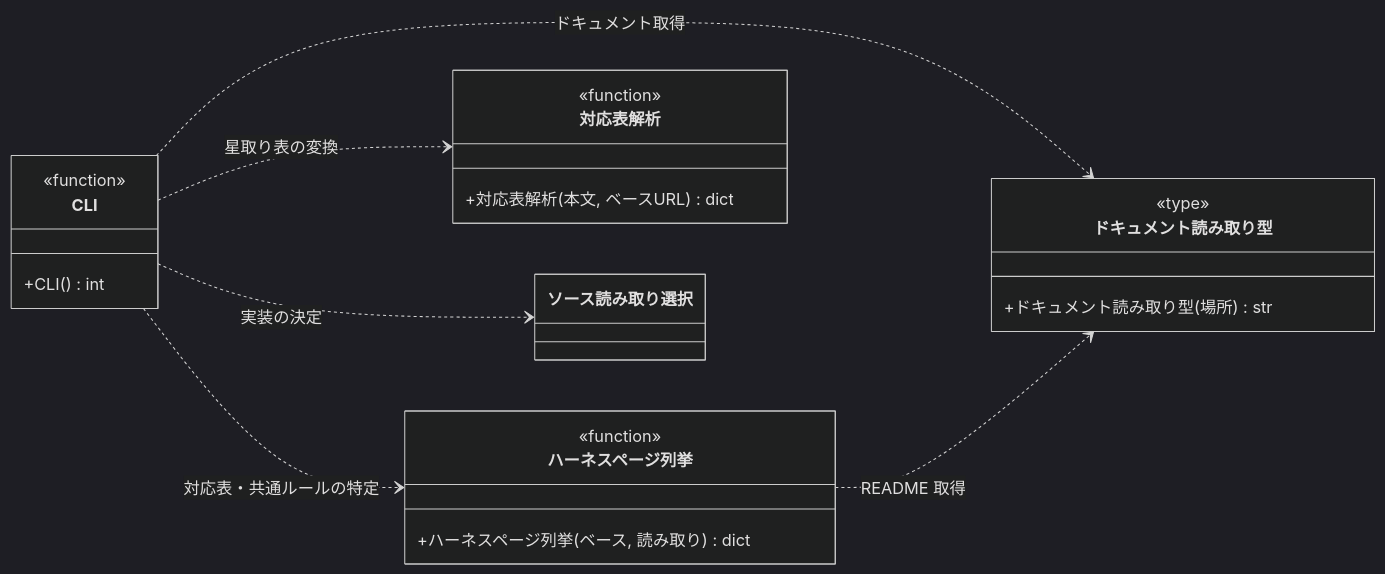
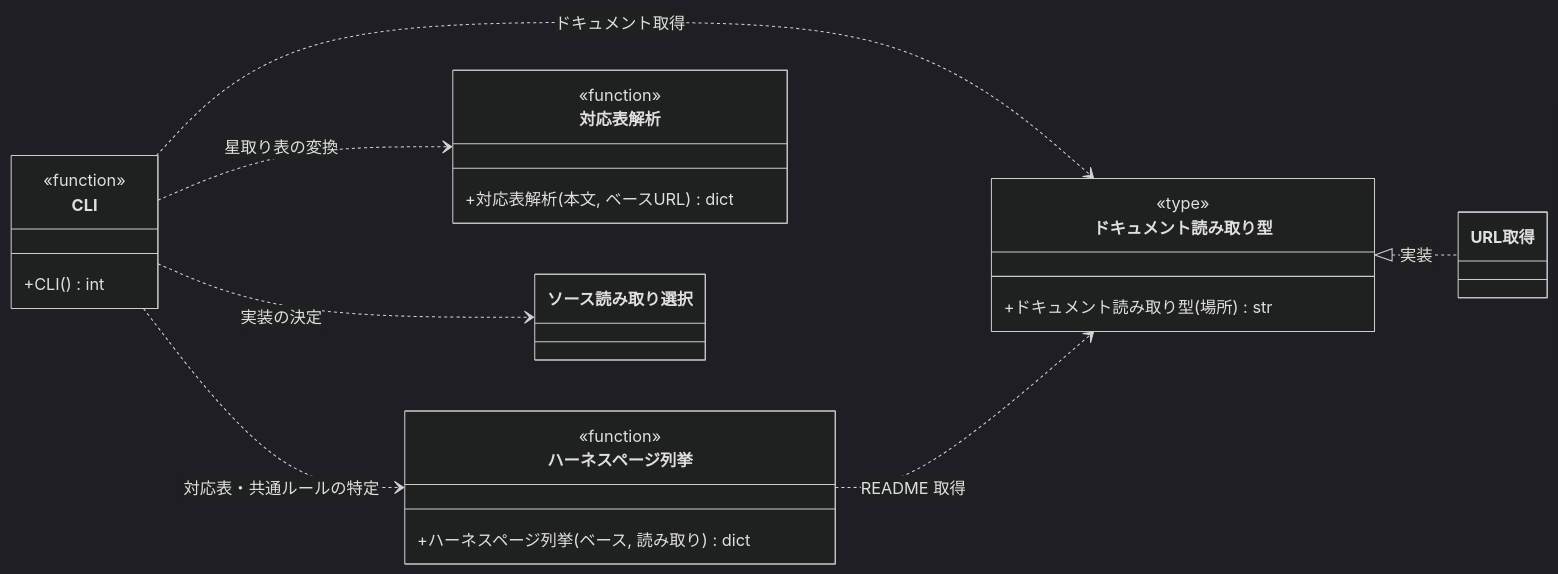
Before and after one commit to shuhei1101/ai-monitor: the diagram in docs/wiki/設計図/モジュール構成/注入/エージェントドキュメント.py.md, drawn with Mermaid (dark theme). The commit also changed 80 other files, not shown here.

````diff
--- a/docs/wiki/設計図/モジュール構成/注入/エージェントドキュメント.py.md
+++ b/docs/wiki/設計図/モジュール構成/注入/エージェントドキュメント.py.md
@@ -30,32 +30,36 @@
 ```mermaid
 classDiagram
   direction LR
+  ドキュメント読み取り型 <|.. URL取得 : 実装
   CLI ..> ハーネスページ列挙 : 対応表・共通ルールの特定
   CLI ..> 対応表解析 : 星取り表の変換
   CLI ..> ソース読み取り選択 : 実装の決定
   CLI ..> ドキュメント読み取り型 : ドキュメント取得
   ハーネスページ列挙 ..> ドキュメント読み取り型 : README 取得
 
   class CLI {
     <<function>>
     +CLI() int
   }
   class ハーネスページ列挙 {
     <<function>>
     +ハーネスページ列挙(ベース, 読み取り) dict
   }
   class 対応表解析 {
     <<function>>
     +対応表解析(本文, ベースURL) dict
   }
   class ドキュメント読み取り型 {
     <<type>>
     +ドキュメント読み取り型(場所) str
   }
+  class URL取得 {
+  }
 
   click CLI href "#cli"
   click ハーネスページ列挙 href "#ハーネスページ列挙"
   click 対応表解析 href "#対応表解析"
   click ドキュメント読み取り型 href "./URLドキュメント.py.md#ドキュメント読み取り型"
+  click URL取得 href "./URLドキュメント.py.md#url-取得"
   click ソース読み取り選択 href "./URLドキュメント.py.md#ソース読み取り選択"
 ```
````
